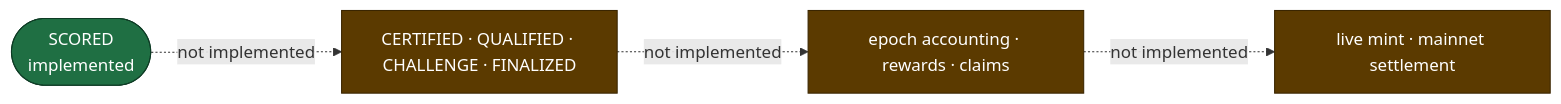
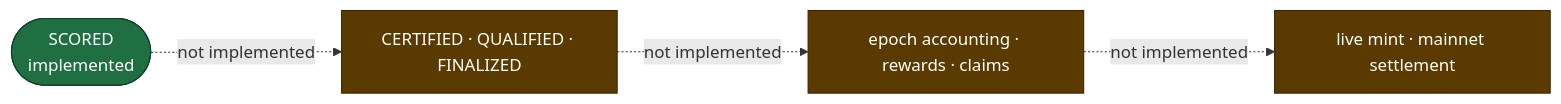
The third of 3 diagrams in AFI_Full_Architecture.md (AFI-Protocol/afi-docs), drawn with Mermaid before and after one commit. The commit also changed other lines of this file and 3 other files, not shown here.

Commit message:
CHR-GOV D-CHR-6(5): de-challenge the architecture doc, analyst-shop and portable-surface specs

````diff
--- a/AFI_Full_Architecture.md
+++ b/AFI_Full_Architecture.md
@@ -270,10 +270,10 @@
 ```mermaid
 flowchart LR
-    S(["SCORED<br/>implemented"]) -. "not implemented" .-> X["CERTIFIED · QUALIFIED · CHALLENGE · FINALIZED"]
+    S(["SCORED<br/>implemented"]) -. "not implemented" .-> X["CERTIFIED · QUALIFIED · FINALIZED"]
     X -. "not implemented" .-> Y["epoch accounting · rewards · claims"]
     Y -. "not implemented" .-> Z["live mint · mainnet settlement"]
     style S fill:#1f6f43,stroke:#0d3b24,color:#ffffff
     style X fill:#5b3a00,stroke:#3a2500,color:#ffffff
     style Y fill:#5b3a00,stroke:#3a2500,color:#ffffff
     style Z fill:#5b3a00,stroke:#3a2500,color:#ffffff
 ```
````
